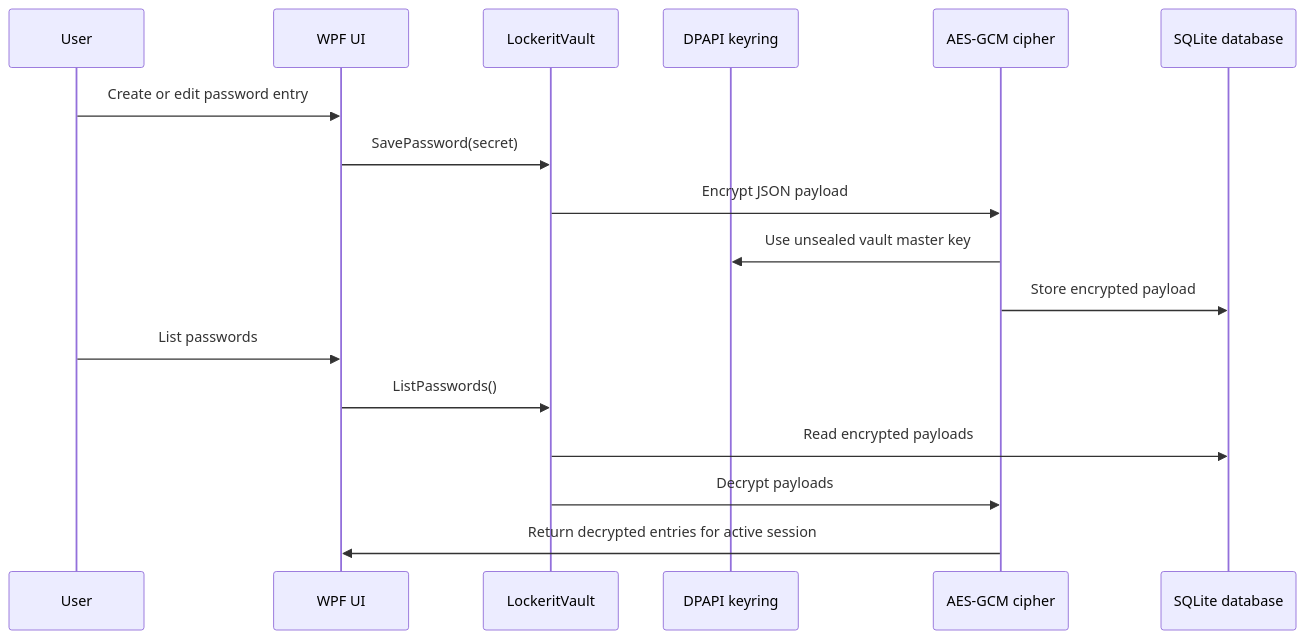
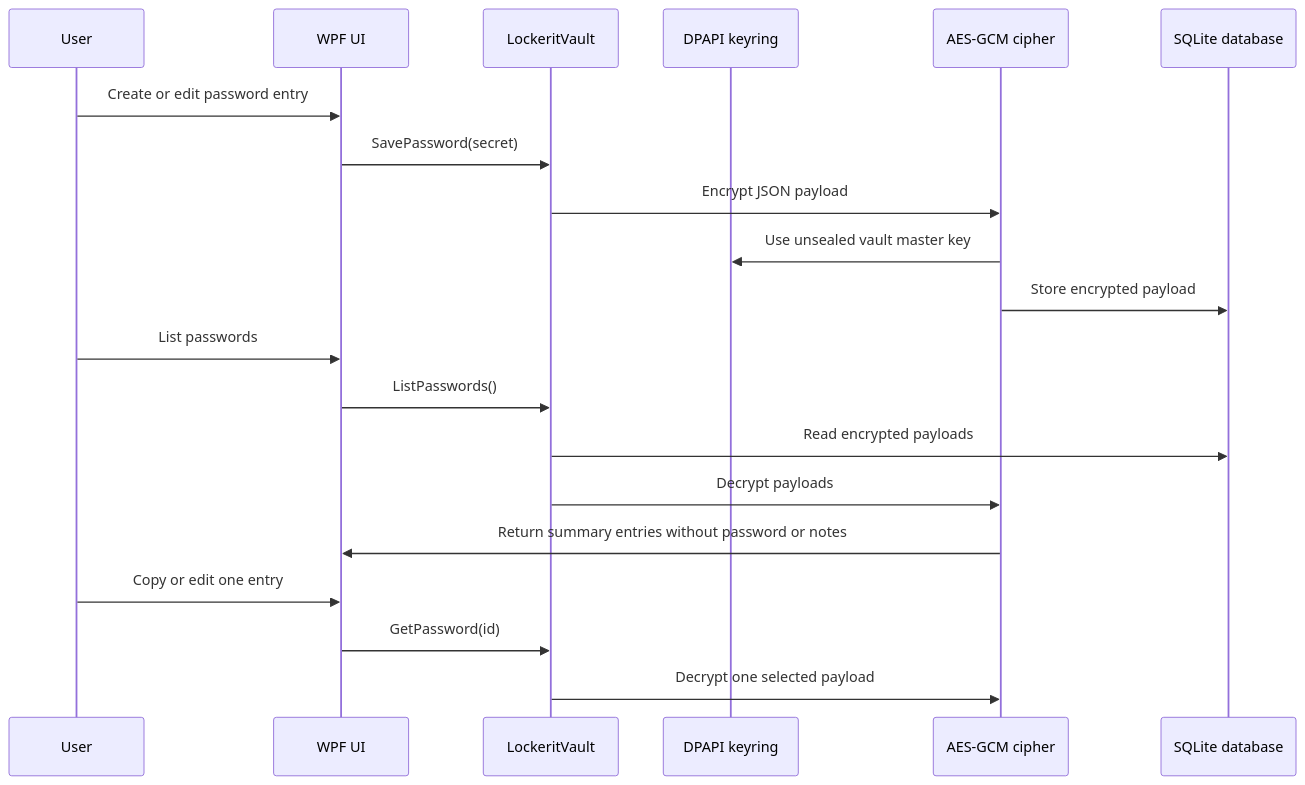
The second of 2 diagrams in .docs/architecture.md (viamus/locker-it), drawn with Mermaid before and after one commit. The commit also changed other lines of this file and 23 other files, not shown here.

````diff
--- a/.docs/architecture.md
+++ b/.docs/architecture.md
@@ -77,20 +87,23 @@
 ```mermaid
 sequenceDiagram
     participant User as User
     participant UI as WPF UI
     participant Vault as LockeritVault
     participant Keyring as DPAPI keyring
     participant Cipher as AES-GCM cipher
     participant Db as SQLite database
 
     User->>UI: Create or edit password entry
     UI->>Vault: SavePassword(secret)
     Vault->>Cipher: Encrypt JSON payload
     Cipher->>Keyring: Use unsealed vault master key
     Cipher->>Db: Store encrypted payload
     User->>UI: List passwords
     UI->>Vault: ListPasswords()
     Vault->>Db: Read encrypted payloads
     Vault->>Cipher: Decrypt payloads
-    Cipher->>UI: Return decrypted entries for active session
+    Cipher->>UI: Return summary entries without password or notes
+    User->>UI: Copy or edit one entry
+    UI->>Vault: GetPassword(id)
+    Vault->>Cipher: Decrypt one selected payload
 ```
````
